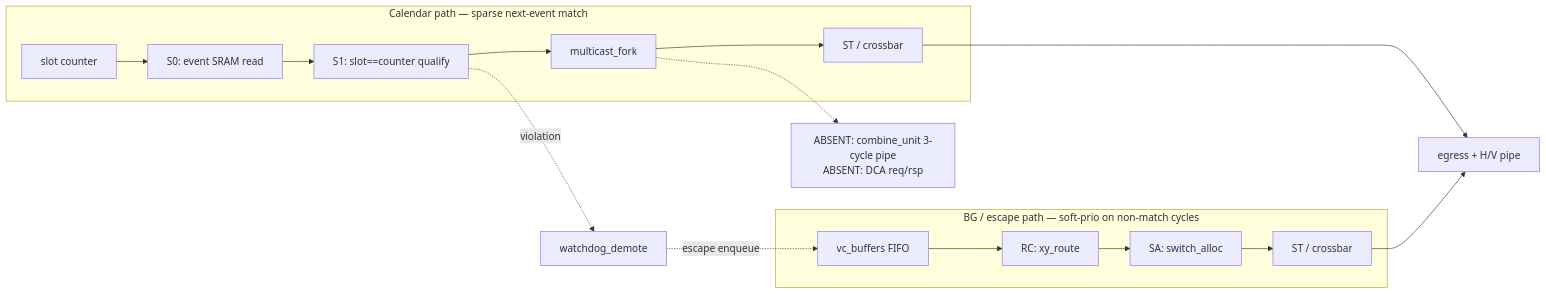
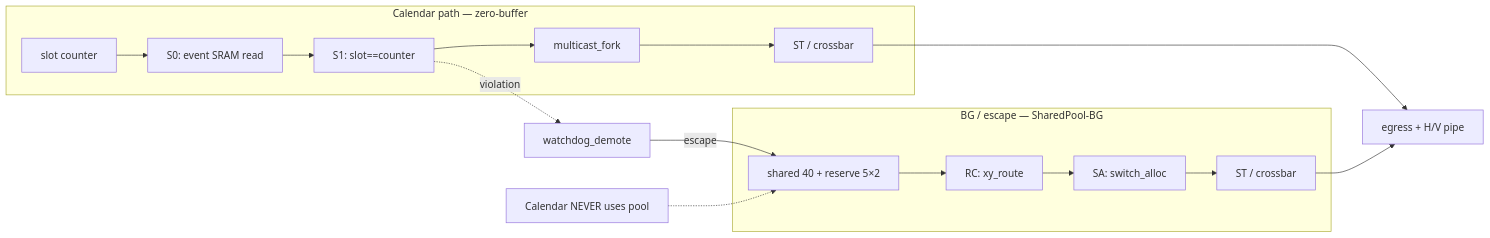
Before and after one commit to lukebest/booksim2: the second of 5 diagrams in docs/phase-3-uarch/uarch-diagram.md, drawn with Mermaid. The commit also changed other lines of this file and 30 other files, not shown here.

First line of the commit message:
dse: Trial 4 Arch-A4 SharedPool-BG — area 0.822×

````diff
--- a/docs/phase-3-uarch/uarch-diagram.md
+++ b/docs/phase-3-uarch/uarch-diagram.md
@@ -34,20 +31,19 @@
 ```mermaid
 flowchart LR
-  subgraph cal["Calendar path — sparse next-event match"]
+  subgraph cal["Calendar path — zero-buffer"]
     CTR["slot counter"] --> S0["S0: event SRAM read"]
-    S0 --> S1["S1: slot==counter qualify"]
+    S0 --> S1["S1: slot==counter"]
     S1 --> MF["multicast_fork"]
     MF --> ST1["ST / crossbar"]
   end
-  subgraph bg["BG / escape path — soft-prio on non-match cycles"]
-    FIFO["vc_buffers FIFO"] --> RC["RC: xy_route"]
+  subgraph bg["BG / escape — SharedPool-BG"]
+    POOL["shared 40 + reserve 5×2"] --> RC["RC: xy_route"]
     RC --> SA["SA: switch_alloc"]
     SA --> ST2["ST / crossbar"]
   end
   ST1 --> OUT["egress + H/V pipe"]
   ST2 --> OUT
-  WD["watchdog_demote"] -.->|"escape enqueue"| FIFO
+  WD["watchdog_demote"] -->|"escape"| POOL
   S1 -.->|"violation"| WD
-  NO["ABSENT: combine_unit 3-cycle pipe<br/>ABSENT: DCA req/rsp"]
-  MF -.-> NO
+  CALX["Calendar NEVER uses pool"] -.-> POOL
 ```
````
